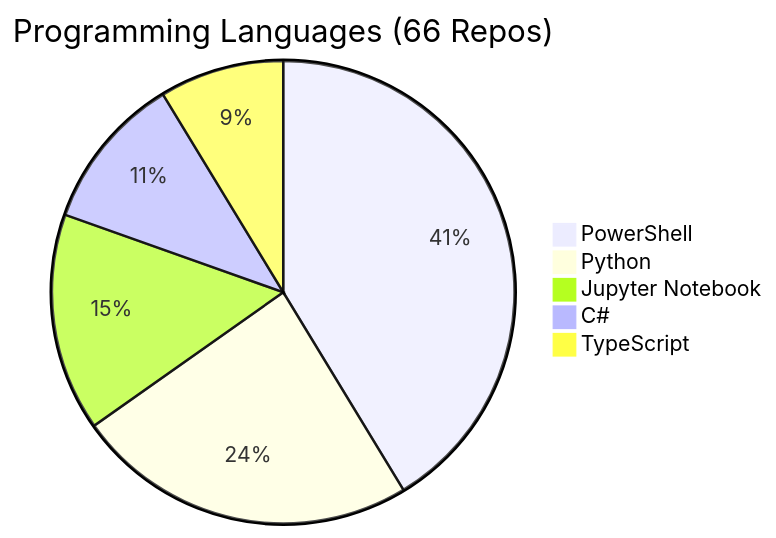
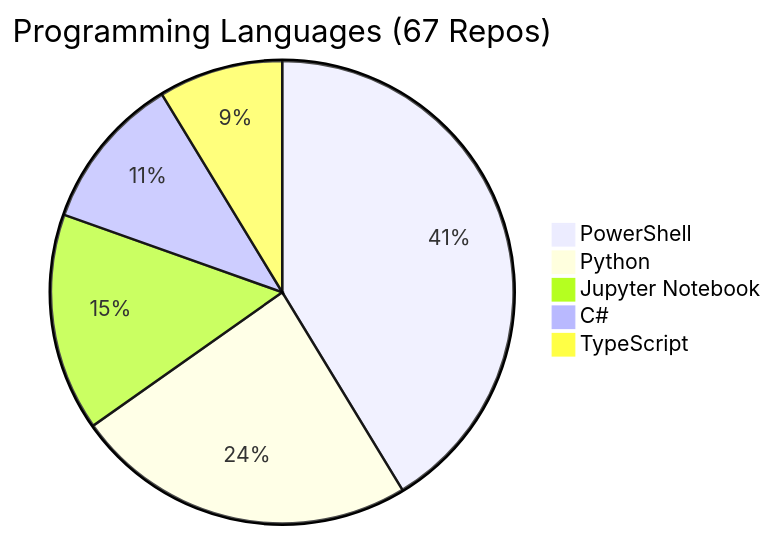
The diagram in REPOS.md (fabioc-aloha/fabioc-aloha), drawn with Mermaid before and after one commit. The commit also changed other lines of this file and 1 other file, not shown here.

````diff
--- a/REPOS.md
+++ b/REPOS.md
@@ -109,8 +110,8 @@
 ```mermaid
-pie title Programming Languages (66 Repos)
+pie title Programming Languages (67 Repos)
     "PowerShell" : 19
     "Python" : 11
     "Jupyter Notebook" : 7
     "C#" : 5
     "TypeScript" : 4
 ```
````
